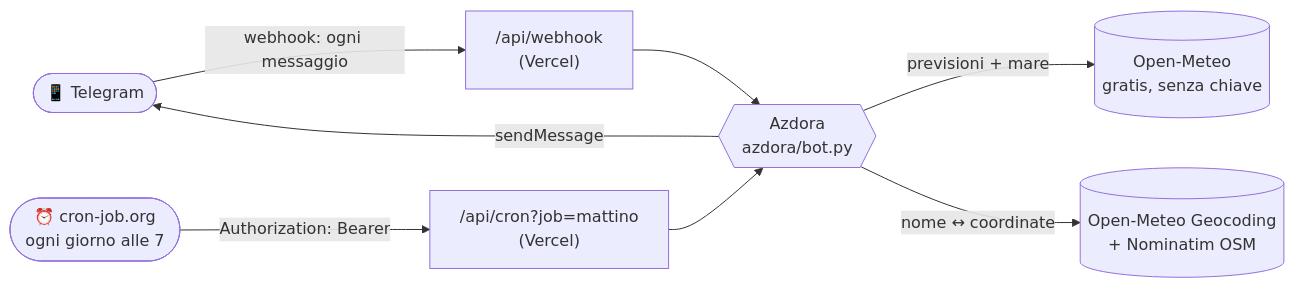
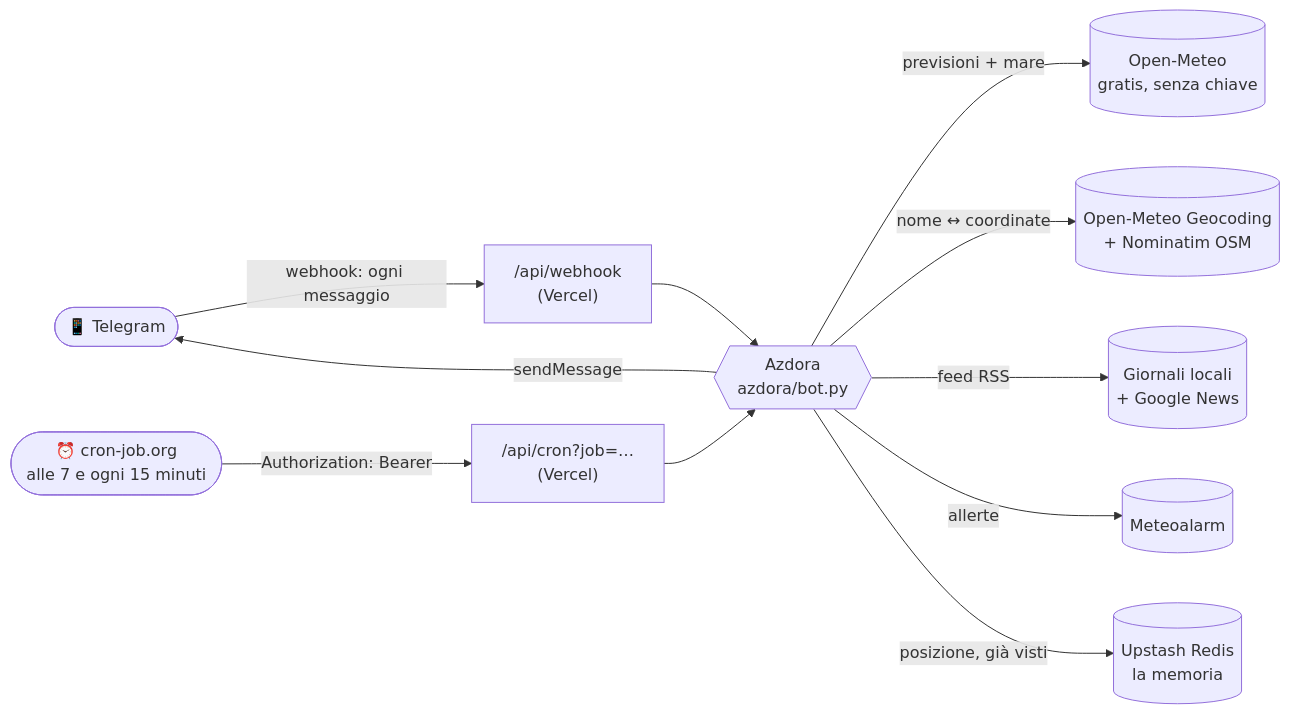
The diagram in README.md (amazzotti/azdora-bot), drawn with Mermaid before and after one commit. The commit also changed other lines of this file and 29 other files, not shown here.

````diff
--- a/README.md
+++ b/README.md
@@ -56,10 +63,13 @@
 ```mermaid
 flowchart LR
     U([📱 Telegram]) -- "webhook: ogni messaggio" --> W["/api/webhook<br/>(Vercel)"]
-    C([⏰ cron-job.org<br/>ogni giorno alle 7]) -- "Authorization: Bearer" --> R["/api/cron?job=mattino<br/>(Vercel)"]
+    C([⏰ cron-job.org<br/>alle 7 e ogni 15 minuti]) -- "Authorization: Bearer" --> R["/api/cron?job=…<br/>(Vercel)"]
     W --> B{{"Azdora<br/>azdora/bot.py"}}
     R --> B
     B -- "previsioni + mare" --> M[(Open-Meteo<br/>gratis, senza chiave)]
     B -- "nome ↔ coordinate" --> L[(Open-Meteo Geocoding<br/>+ Nominatim OSM)]
+    B -- "feed RSS" --> N[(Giornali locali<br/>+ Google News)]
+    B -- "allerte" --> A[(Meteoalarm)]
+    B -- "posizione, già visti" --> K[(Upstash Redis<br/>la memoria)]
     B -- "sendMessage" --> U
 ```
````
